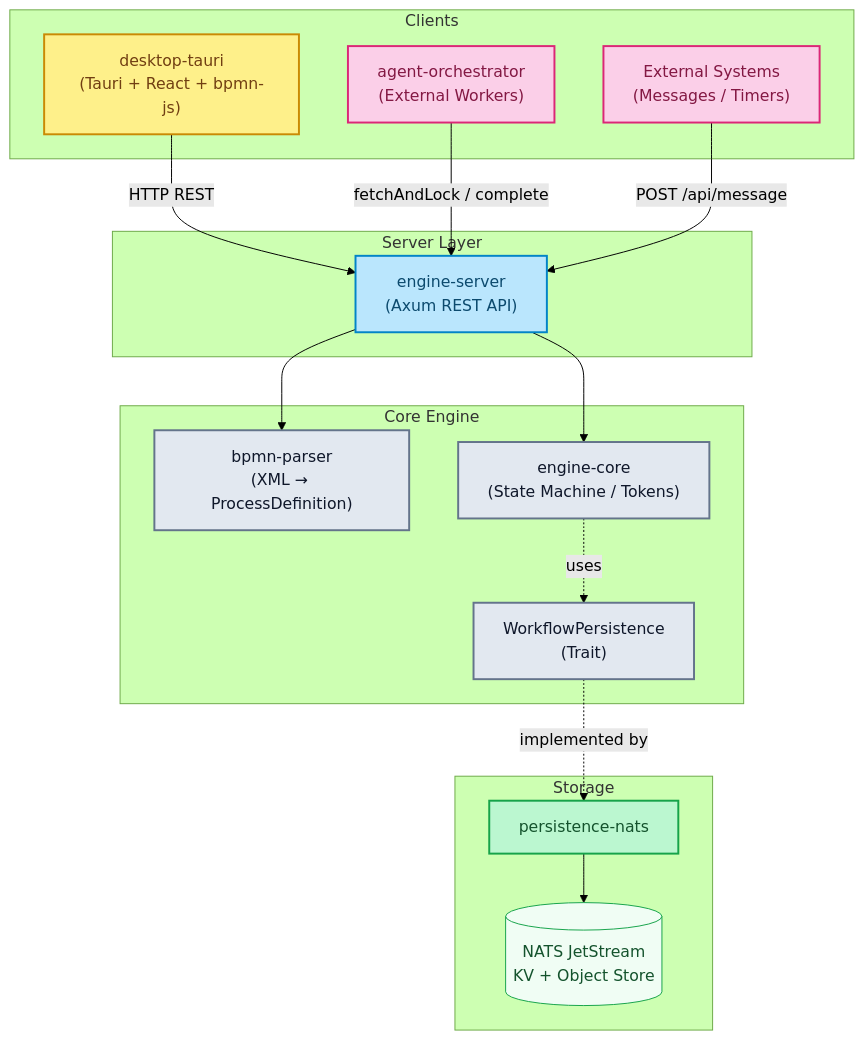
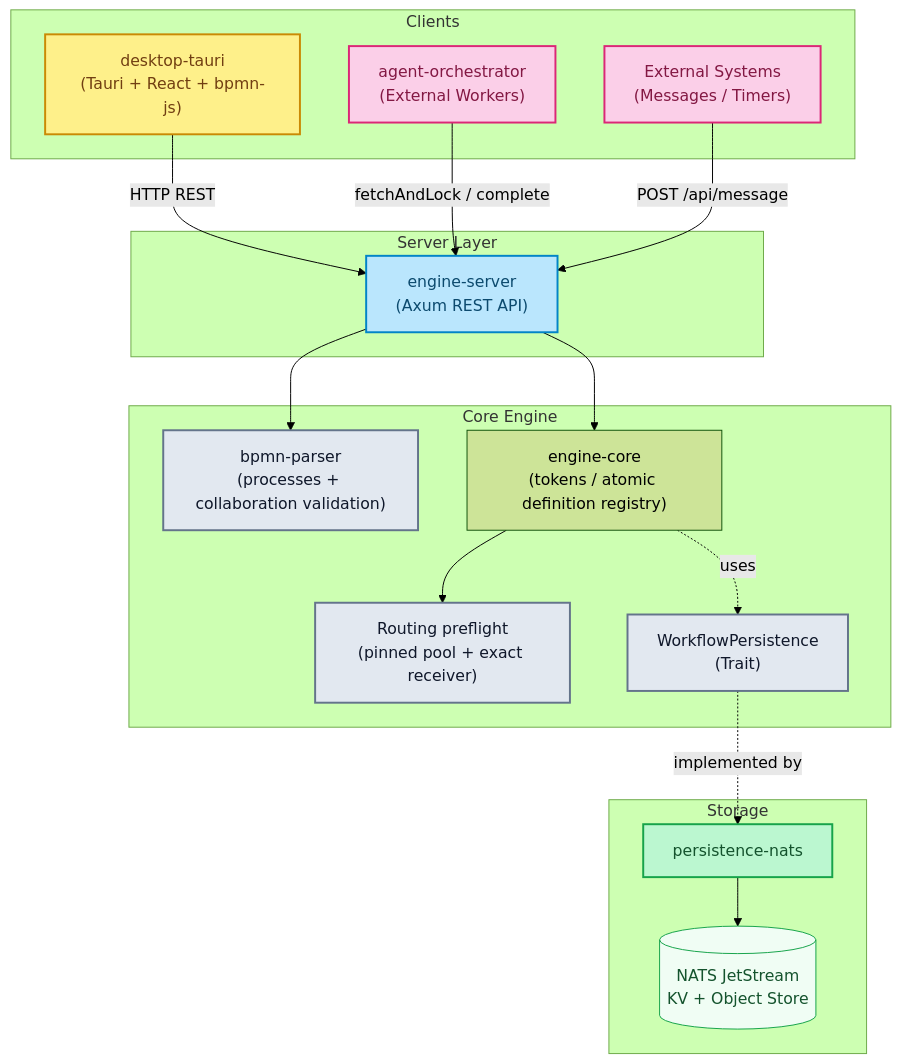
Before and after one commit to maatini/bpmninja: the diagram in README.md, drawn with Mermaid (forest theme). The commit also changed other lines of this file and 19 other files, not shown here.

````diff
--- a/README.md
+++ b/README.md
@@ -198,39 +200,41 @@
 ```mermaid
 flowchart TD
     classDef core fill:#e2e8f0,stroke:#64748b,stroke-width:2px,color:#0f172a;
     classDef server fill:#bae6fd,stroke:#0284c7,stroke-width:2px,color:#0c4a6e;
     classDef persistence fill:#bbf7d0,stroke:#16a34a,stroke-width:2px,color:#14532d;
     classDef desktop fill:#fef08a,stroke:#ca8a04,stroke-width:2px,color:#713f12;
     classDef agent fill:#fbcfe8,stroke:#db2777,stroke-width:2px,color:#831843;
     classDef storage fill:#f0fdf4,stroke:#16a34a,stroke-width:1px,color:#14532d;
 
     subgraph "Clients"
         UI["desktop-tauri<br>(Tauri + React + bpmn-js)"]:::desktop
         Agent["agent-orchestrator<br>(External Workers)"]:::agent
         ExtMsg["External Systems<br>(Messages / Timers)"]:::agent
     end
 
     subgraph "Server Layer"
         Axum["engine-server<br>(Axum REST API)"]:::server
     end
 
     subgraph "Core Engine"
-        Parser["bpmn-parser<br>(XML → ProcessDefinition)"]:::core
-        Engine["engine-core<br>(State Machine / Tokens)"]:::core
+        Parser["bpmn-parser<br>(processes + collaboration validation)"]:::core
+        Engine["engine-core<br>(tokens / atomic definition registry)"]
+        Routing["Routing preflight<br>(pinned pool + exact receiver)"]:::core
         Trait["WorkflowPersistence<br>(Trait)"]:::core
     end
 
     subgraph "Storage"
         NatsImpl["persistence-nats"]:::persistence
         Nats[("NATS JetStream<br>KV + Object Store")]:::storage
     end
 
     UI -- "HTTP REST" --> Axum
     Agent -- "fetchAndLock / complete" --> Axum
     ExtMsg -- "POST /api/message" --> Axum
     Axum --> Parser
     Axum --> Engine
+    Engine --> Routing
     Engine -. "uses" .-> Trait
     Trait -. "implemented by" .-> NatsImpl
     NatsImpl --> Nats
 ```
````
